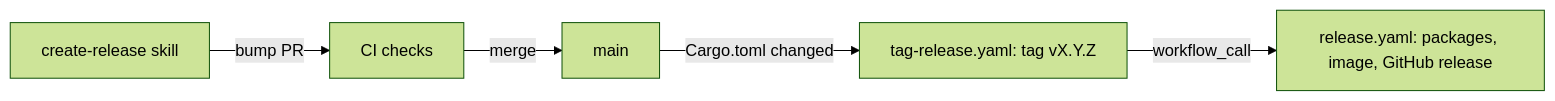
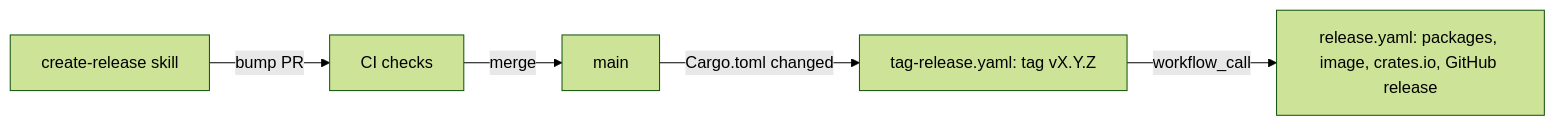
Before and after one commit to wmeints/anvil: the diagram in .claude/skills/create-release/SKILL.md, drawn with Mermaid (forest theme). The commit also changed other lines of this file and 8 other files, not shown here.

First line of the commit message:
feat(release): publish the crates to crates.io in the release workflow

````diff
--- a/.claude/skills/create-release/SKILL.md
+++ b/.claude/skills/create-release/SKILL.md
@@ -10,7 +10,7 @@
 ```mermaid
 flowchart LR
   skill[create-release skill] -->|bump PR| ci[CI checks]
   ci -->|merge| main
   main -->|Cargo.toml changed| tag[tag-release.yaml: tag vX.Y.Z]
-  tag -->|workflow_call| rel[release.yaml: packages, image, GitHub release]
+  tag -->|workflow_call| rel[release.yaml: packages, image, crates.io, GitHub release]
 ```
````
